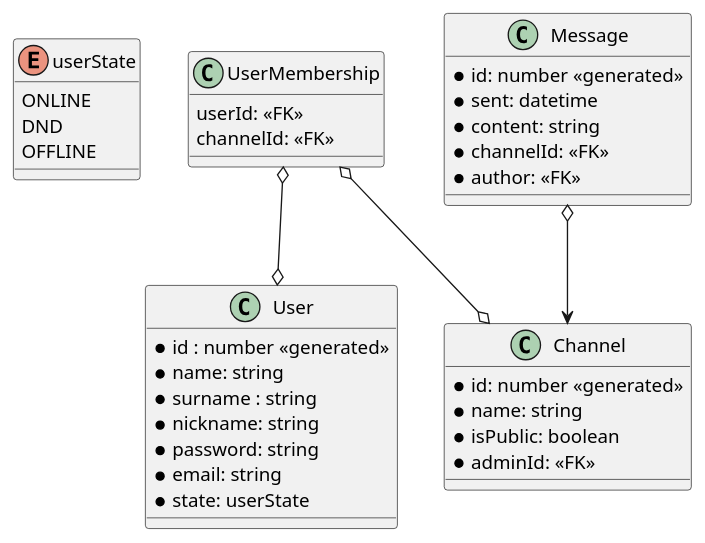
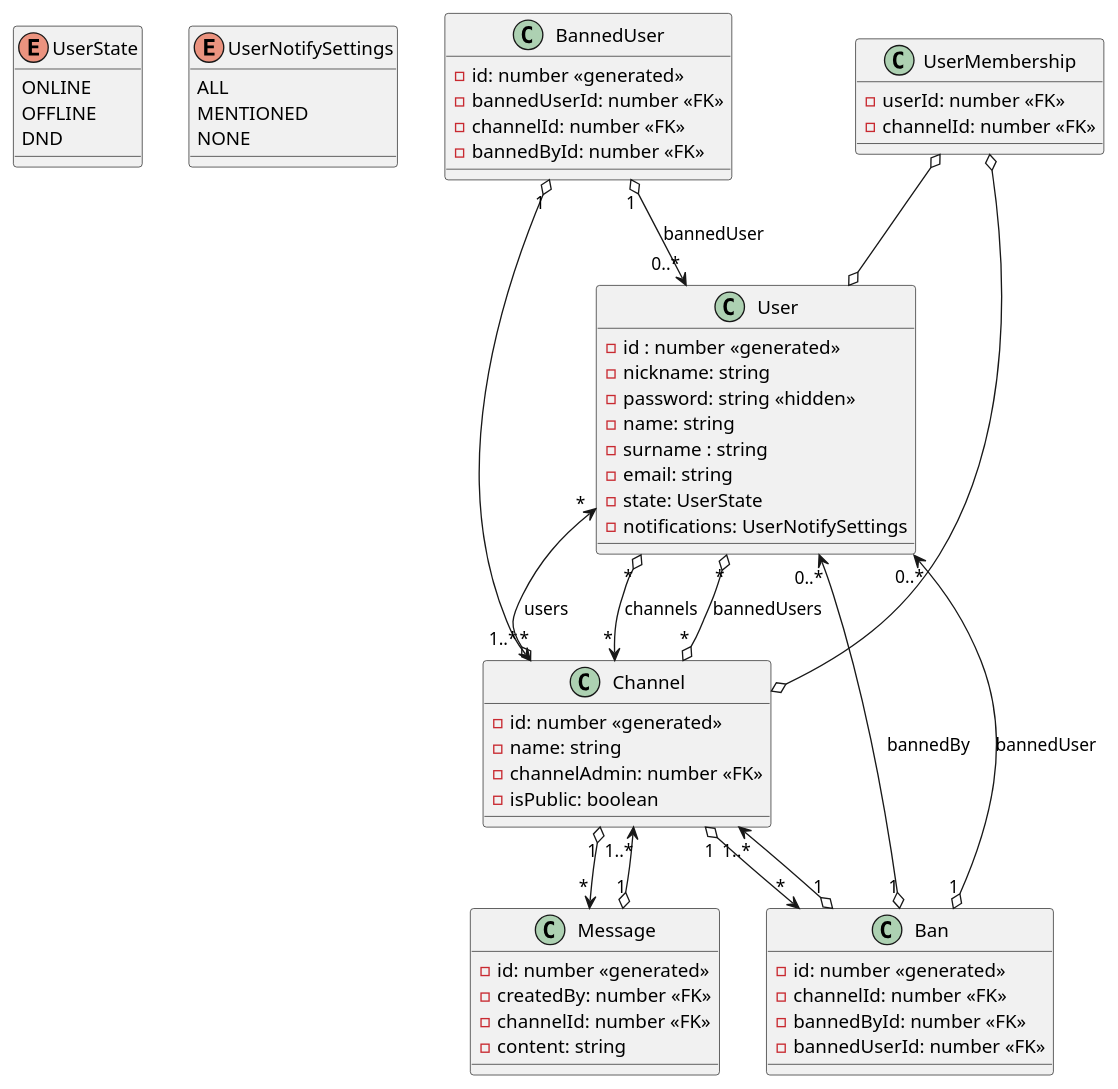
One commit to SVBSH/vpwa-project-frontend changed the diagram in diagram.puml. Above: the diagram before and after it, drawn with PlantUML.

Commit message:
updated diagram

```diff
--- a/diagram.puml
+++ b/diagram.puml
@@ -1,44 +1,73 @@
-@startuml lala
+@startuml Diagram
 
+enum UserState {
+    ONLINE
+    OFFLINE
+    DND
+}
 
-enum userState {
-    ONLINE
-    DND
-    OFFLINE
+enum UserNotifySettings {
+    ALL
+    MENTIONED
+    NONE
 }
 
 Class "User" as rUser {
-    * id : number <<generated>>
-    * name: string
-    * surname : string
-    * nickname: string
-    * password: string
-    * email: string
-    * state: userState
+    - id : number <<generated>>
+    - nickname: string
+    - password: string <<hidden>>
+    - name: string
+    - surname : string
+    - email: string
+    - state: UserState
+    - notifications: UserNotifySettings
 }
 
 class "Message" as rMessage {
-    * id: number <<generated>>
-    * sent: datetime
-    * content: string
-    * channelId: <<FK>>
-    * author: <<FK>>
+    - id: number <<generated>>
+    - createdBy: number <<FK>>
+    - channelId: number <<FK>>
+    - content: string
 }
 
 class "Channel" as rChannel {
-    * id: number <<generated>>
-    * name: string
-    * isPublic: boolean
-    * adminId: <<FK>>
+    - id: number <<generated>>
+    - name: string
+    - channelAdmin: number <<FK>>
+    - isPublic: boolean
 }
 
 Class "UserMembership" as rUserMembership {
-    userId: <<FK>>
-    channelId: <<FK>>
+    - userId: number <<FK>>
+    - channelId: number <<FK>>
+}
+
+class "Ban" as rBan {
+    - id: number <<generated>>
+    - channelId: number <<FK>>
+    - bannedById: number <<FK>>
+    - bannedUserId: number <<FK>>
+}
+
+class "BannedUser" as rBannedUser {
+    - id: number <<generated>>
+    - bannedUserId: number <<FK>>
+    - channelId: number <<FK>>
+    - bannedById: number <<FK>>
 }
 
 rUserMembership o--o rUser
 rUserMembership o--o rChannel
-rMessage o--> rChannel
+rMessage "1" o--> "1..*" rChannel
+rBan "1" o--> "1..*" rChannel
+rBan "1" o--> "0..*" rUser : bannedBy
+rBan "1" o--> "0..*" rUser : bannedUser
+rBannedUser "1" o--> "1..*" rChannel
+rBannedUser "1" o--> "0..*" rUser : bannedUser
+rChannel "1" o--> "*" rMessage
+rChannel "*" o--> "*" rUser : users
+rChannel "1" o--> "*" rBan
+rUser "*" o--> "*" rChannel : channels
+rUser "*" o--o "*" rChannel : bannedUsers
 
 @enduml
```
